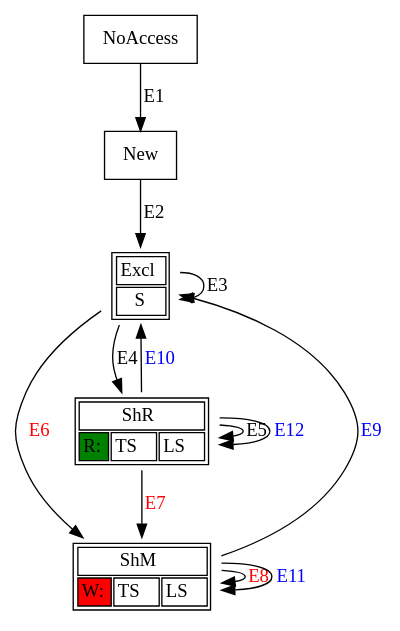
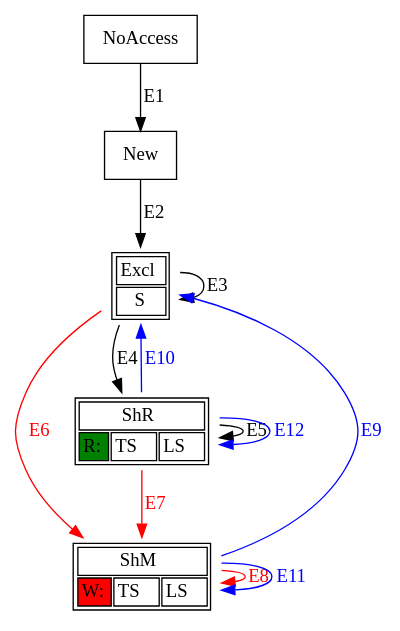
The diagram in msm/helgrind330.dot (spurious/ThreadSanitizer-mirror), drawn with Graphviz before and after one commit. The commit also changed 1 other file, not shown here.

```diff
--- a/msm/helgrind330.dot
+++ b/msm/helgrind330.dot
@@ -1,50 +1,50 @@
 // This graph show the memory state machine in helgrind 3.3.0
 
 digraph helgrind330{
    NoAccess [shape=rectangle label="NoAccess"];
 
    New [shape=rectangle label="New"];
 
    Excl [shape=plaintext label=<<TABLE BGCOLOR="white"> <tr> 
         <td colspan="1">Excl</td> 
       </tr> <tr> 
         <td>S</td>
       </tr> </TABLE>>
     ]
     
     ShM  [shape=plaintext label=<<TABLE BGCOLOR="white"> <tr> 
         <td colspan="3">ShM</td> 
       </tr> <tr> 
         <td bgcolor="red">W:</td>
         <td> TS </td>
         <td> LS </td>
       </tr> </TABLE>>
     ]
 
     ShR  [shape=plaintext label=<<TABLE BGCOLOR="white"> <tr> 
         <td colspan="3">ShR</td> 
       </tr> <tr> 
         <td bgcolor="green">R:</td>
         <td> TS </td>
         <td> LS </td>
       </tr> </TABLE>>
     ]
 
-   NoAccess -> New   [fontcolor="black" label="E1"];
-   New      -> Excl  [fontcolor="black" label="E2"];
-   Excl     -> Excl  [fontcolor="black" label="E3"];
-   Excl     -> ShR   [fontcolor="black" label="E4"];
-   ShR      -> ShR   [fontcolor="black" label="E5"];
+   NoAccess -> New   [label="E1"];
+   New      -> Excl  [label="E2"];
+   Excl     -> Excl  [label="E3"];
+   Excl     -> ShR   [label="E4"];
+   ShR      -> ShR   [label="E5"];
 
 // race may be reported here 
-   Excl     -> ShM   [fontcolor="red"   label="E6"];
-   ShR      -> ShM   [fontcolor="red"   label="E7"]; 
-   ShM      -> ShM   [fontcolor="red"   label="E8"];
+   Excl     -> ShM   [fontcolor="red"   label="E6" color="red"];
+   ShR      -> ShM   [fontcolor="red"   label="E7" color="red"]; 
+   ShM      -> ShM   [fontcolor="red"   label="E8" color="red"];
 
 // thread join
-   ShM      -> Excl  [fontcolor="blue"  label="E9"];
-   ShR      -> Excl  [fontcolor="blue"  label="E10"];
-   ShM      -> ShM   [fontcolor="blue"  label="E11"];
-   ShR      -> ShR   [fontcolor="blue"  label="E12"];
+   ShM      -> Excl  [fontcolor="blue"  label="E9"  color="blue"];
+   ShR      -> Excl  [fontcolor="blue"  label="E10" color="blue"];
+   ShM      -> ShM   [fontcolor="blue"  label="E11" color="blue"];
+   ShR      -> ShR   [fontcolor="blue"  label="E12" color="blue"];
 
 }
```
